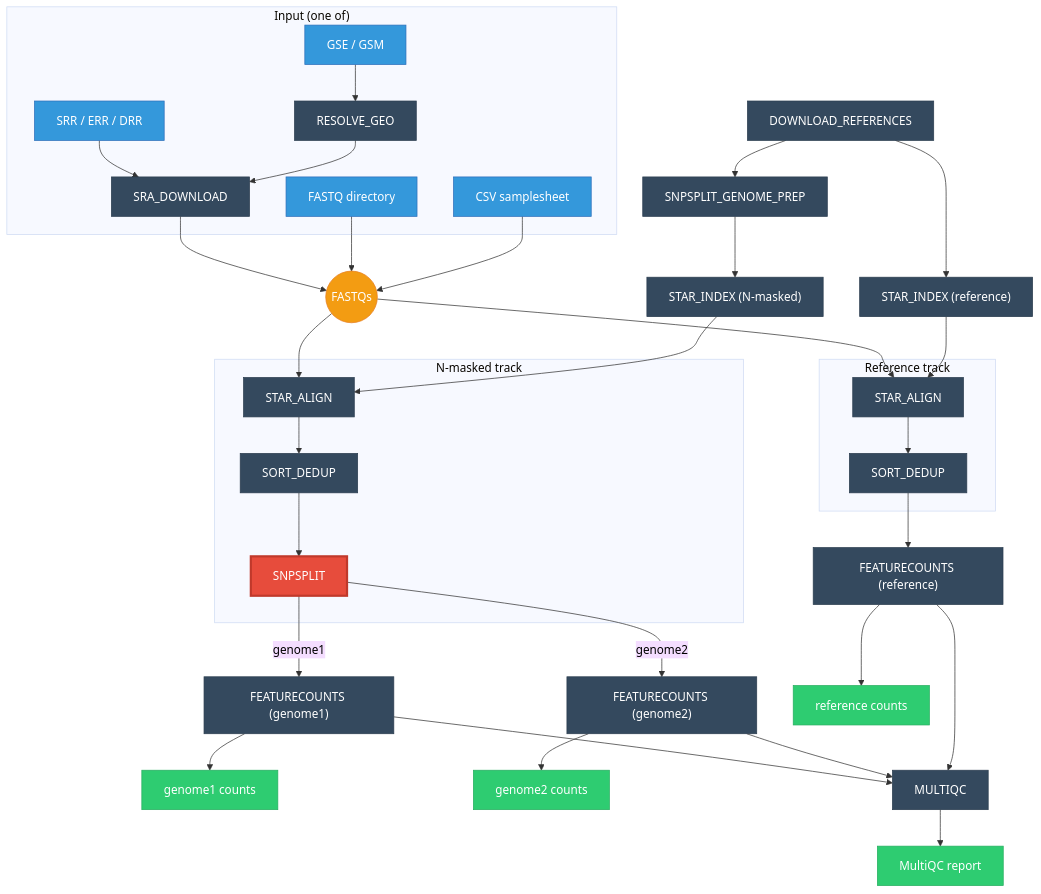
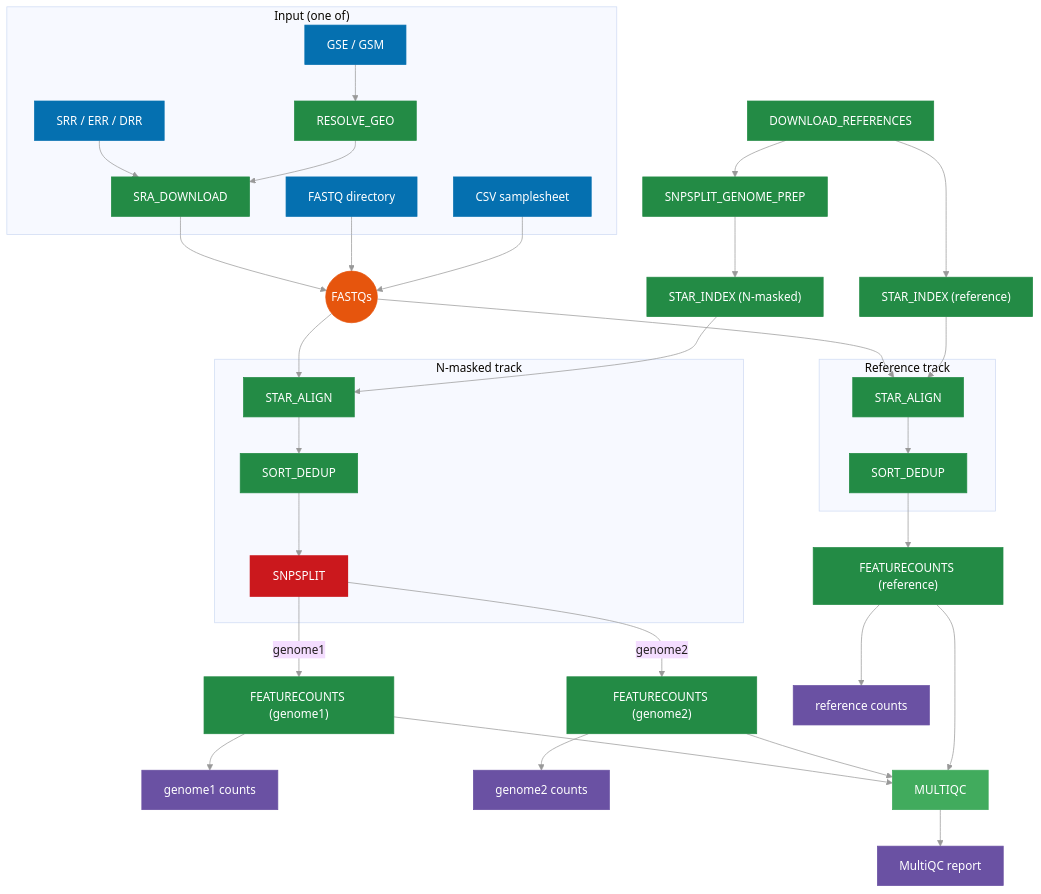
One commit to IPNP-BIPN/SPLIT changed the diagram in README.md. Above: the diagram before and after it, drawn with Mermaid.

Commit message:
fig: nf-core color palette (green/blue/red/purple/orange) + white bg

````diff
--- a/README.md
+++ b/README.md
@@ -15,53 +15,55 @@
 ```mermaid
-%%{init: {'theme': 'base', 'themeVariables': {'background': '#ffffff', 'primaryTextColor': '#000000', 'lineColor': '#333333', 'textColor': '#000000', 'mainBkg': '#ffffff'}}}%%
+%%{init: {'theme': 'base', 'themeVariables': {'background': '#ffffff', 'primaryTextColor': '#231f20', 'lineColor': '#999999', 'textColor': '#231f20', 'mainBkg': '#ffffff', 'nodeBorder': '#999999'}}}%%
 flowchart TD
     subgraph INPUT ["Input (one of)"]
         SRA["SRR / ERR / DRR"] --> SRA_DL["SRA_DOWNLOAD"]
         GEO["GSE / GSM"] --> RESOLVE["RESOLVE_GEO"] --> SRA_DL
         FQ_DIR["FASTQ directory"]
         CSV["CSV samplesheet"]
     end
 
     SRA_DL --> FASTQS(("FASTQs"))
     FQ_DIR --> FASTQS
     CSV --> FASTQS
 
     DOWNLOAD["DOWNLOAD_REFERENCES"] --> GPREP["SNPSPLIT_GENOME_PREP"]
 
     GPREP --> IDX1["STAR_INDEX (N-masked)"]
     DOWNLOAD --> IDX2["STAR_INDEX (reference)"]
 
     subgraph TRACK1 ["N-masked track"]
         A1["STAR_ALIGN"] --> S1["SORT_DEDUP"] --> SNP["SNPSPLIT"]
     end
 
     subgraph TRACK2 ["Reference track"]
         A2["STAR_ALIGN"] --> S2["SORT_DEDUP"]
     end
 
     FASTQS --> A1
     FASTQS --> A2
     IDX1 --> A1
     IDX2 --> A2
 
     SNP -->|"genome1"| FC1["FEATURECOUNTS (genome1)"]
     SNP -->|"genome2"| FC2["FEATURECOUNTS (genome2)"]
     S2 --> FC3["FEATURECOUNTS (reference)"]
 
     FC1 --> O1["genome1 counts"]
     FC2 --> O2["genome2 counts"]
     FC3 --> O3["reference counts"]
     FC1 & FC2 & FC3 --> MQC["MULTIQC"] --> O4["MultiQC report"]
 
-    classDef input fill:#3498db,stroke:#2c6fbb,color:#fff
-    classDef process fill:#34495e,stroke:#2c3e50,color:#fff
-    classDef key fill:#e74c3c,stroke:#c0392b,color:#fff,stroke-width:3px
-    classDef output fill:#2ecc71,stroke:#27ae60,color:#fff
-    classDef data fill:#f39c12,stroke:#e67e22,color:#fff
+    classDef input fill:#0570b0,stroke:#0570b0,color:#fff
+    classDef process fill:#238b45,stroke:#238b45,color:#fff
+    classDef key fill:#cb181d,stroke:#cb181d,color:#fff,stroke-width:3px
+    classDef output fill:#6a51a3,stroke:#6a51a3,color:#fff
+    classDef data fill:#e6550d,stroke:#e6550d,color:#fff
+    classDef ref fill:#41ab5d,stroke:#41ab5d,color:#fff
 
     class SRA,GEO,FQ_DIR,CSV input
-    class SRA_DL,RESOLVE,DOWNLOAD,GPREP,IDX1,IDX2,A1,S1,A2,S2,FC1,FC2,FC3,MQC process
+    class SRA_DL,RESOLVE,DOWNLOAD,GPREP,IDX1,IDX2,A1,S1,A2,S2,FC1,FC2,FC3 process
     class SNP key
     class O1,O2,O3,O4 output
     class FASTQS data
+    class MQC ref
 ```
````
